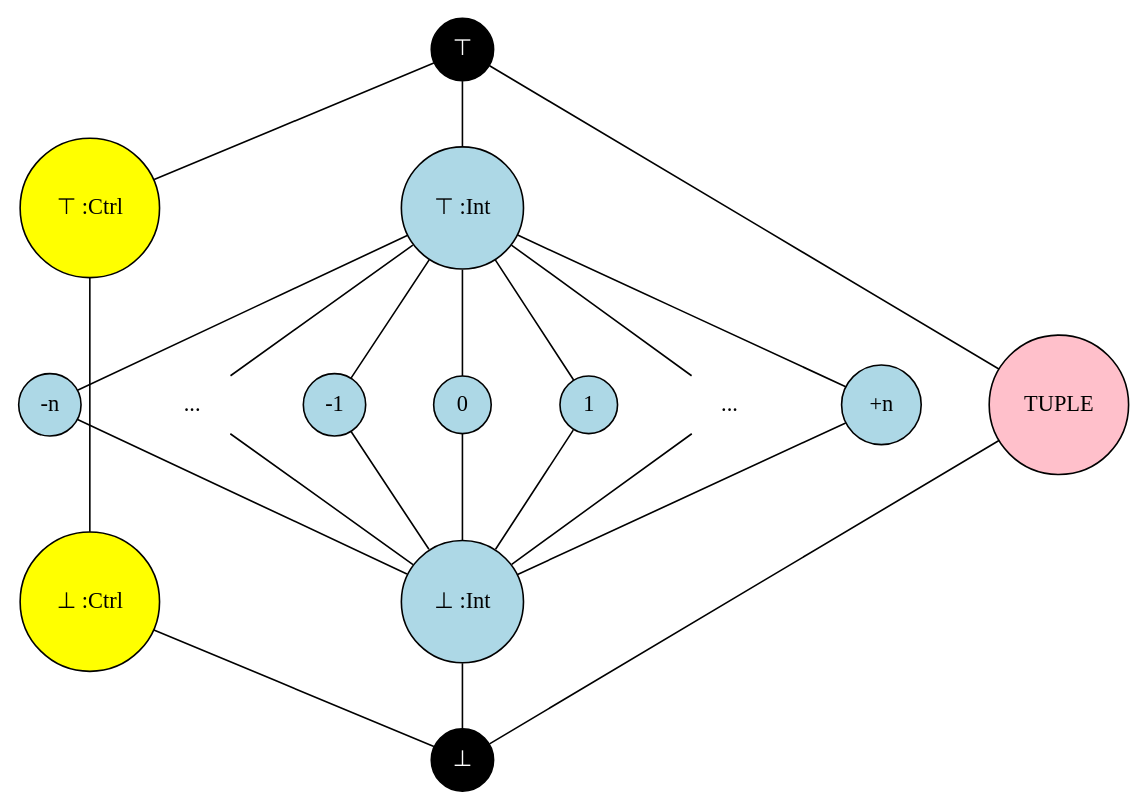
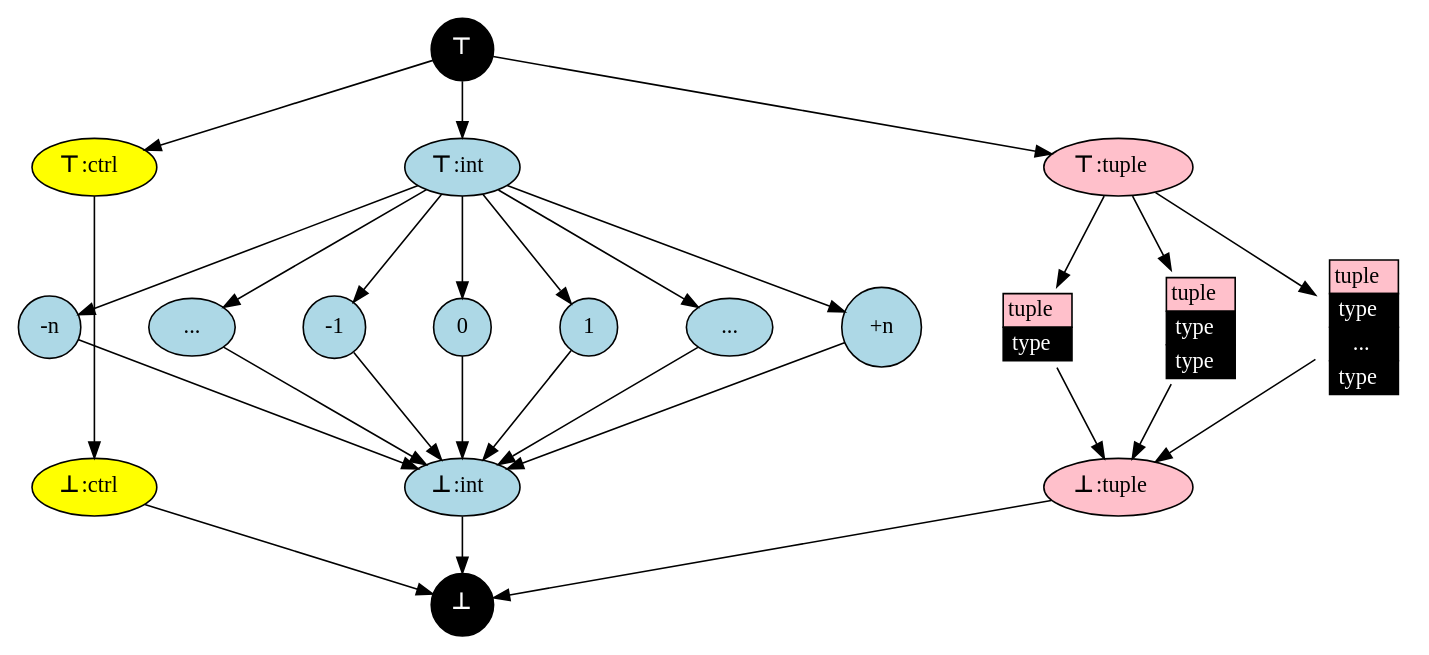
One commit to SeaOfNodes/Simple changed the diagram in chapter06/docs/lattice.gv. Above: the diagram before and after it, drawn with Graphviz. The commit also changed 17 other files, not shown here.

```diff
--- a/chapter06/docs/lattice.gv
+++ b/chapter06/docs/lattice.gv
@@ -1,61 +1,97 @@
 digraph Lattice {
     // Define nodes
     splines=false;
     node [shape=circle, style=filled, fillcolor=lightblue];
     nodesep=0.6;
 
-    TOP [label="⊤" , fillcolor=black, fontcolor=white];
-    BOT [label="⊥", fillcolor=black, fontcolor=white];
+    TOP [label=<<B>⊤</B >>, fillcolor=black, fontcolor=white];
+    BOT [label=<<B>⊥</B>>, fillcolor=black, fontcolor=white];
 
-    XCTRL [label="⊤ :Ctrl", fillcolor=yellow];
-    CTRL  [label="⊥ :Ctrl", fillcolor=yellow];
+    // ----------------------
+    // Control
+    XCTRL [label=<<B>⊤</B >:ctrl>, fillcolor=yellow, shape=oval];
+    CTRL  [label=<<B>⊥</B>:ctrl>, fillcolor=yellow, shape=oval];
 
-    INT_TOP [label="⊤ :Int"];
-    INT_BOT [label="⊥ :Int"];
+    TOP   -> XCTRL;
+    XCTRL -> CTRL;
+    CTRL  -> BOT;
 
-    INT_MIN [label="-n"];
-    INT_MINUS [label="-1"];
-    INT_MINDOTS [label="..." shape=none style=none];
-    INT_ZERO [label="0"];
-    INT_PLUS [label="1"];
-    INT_MAXDOTS [label="..." shape=none style=none];
-    INT_MAX [label="+n"];
+    // ----------------------
+    // Integers
+    INT_TOP [label=<<B>⊤</B >:int>, fillcolor=lightblue, shape=oval];
+    INT_BOT [label=<<B>⊥</B>:int>, fillcolor=lightblue, shape=oval];
 
-    TUPLE [label="TUPLE", fillcolor=pink];
-
-    // Define edges
-    edge [arrowhead=none];
+    INT_MIN     [label="-n" , fillcolor=lightblue];
+    INT_MINDOTS [label="...", fillcolor=lightblue shape=oval];
+    INT_MINUS   [label="-1" , fillcolor=lightblue];
+    INT_ZERO    [label="0"  , fillcolor=lightblue];
+    INT_PLUS    [label="1"  , fillcolor=lightblue];
+    INT_MAXDOTS [label="...", fillcolor=lightblue, shape=oval];
+    INT_MAX     [label="+n" , fillcolor=lightblue];
 
     TOP         -> INT_TOP;
     INT_TOP     -> INT_MIN;
     INT_TOP     -> INT_MINDOTS;
     INT_TOP     -> INT_MINUS;
     INT_TOP     -> INT_ZERO;
     INT_TOP     -> INT_PLUS;
     INT_TOP     -> INT_MAXDOTS;
     INT_TOP     -> INT_MAX;
     INT_MIN     -> INT_BOT;
     INT_MINDOTS -> INT_BOT;
     INT_MINUS   -> INT_BOT;
     INT_ZERO    -> INT_BOT;
     INT_PLUS    -> INT_BOT;
     INT_MAXDOTS -> INT_BOT;
     INT_MAX     -> INT_BOT;
     INT_BOT     -> BOT;
 
     INT_MIN -> INT_MINDOTS -> INT_MINUS -> INT_ZERO -> INT_PLUS -> INT_MAXDOTS -> INT_MAX [style=invis];
+    
+    // ----------------------
+    // Tuples
 
-    TOP   -> TUPLE;
-    TUPLE -> BOT;
+    TUPLE_TOP [label=<<B>⊤</B >:tuple>, fillcolor=pink, shape=oval];
+    TUPLE_BOT [label=<<B>⊥</B>:tuple>, fillcolor=pink, shape=oval];
 
-    TOP   -> XCTRL;
-    XCTRL -> CTRL;
-    CTRL  -> BOT;
+    TUPLE1 [shape=none, fillcolor=none, label=<
+      <TABLE BORDER="0" CELLBORDER="1" CELLSPACING="0">
+        <TH><TD BGCOLOR="pink">tuple</TD></TH>
+        <TR><TD BGCOLOR="black" ><FONT color="white">type</FONT></TD></TR>
+      </TABLE>
+    >];
+    TUPLE2 [shape=none, fillcolor=none, label=<
+      <TABLE BORDER="0" CELLBORDER="1" CELLSPACING="0">
+        <TH><TD BGCOLOR="pink">tuple</TD></TH>
+        <TR><TD BGCOLOR="black" ><FONT color="white">type</FONT></TD></TR>
+        <TR><TD BGCOLOR="black" ><FONT color="white">type</FONT></TD></TR>
+      </TABLE>
+    >];
+    TUPLEN [shape=none, fillcolor=none, label=<
+      <TABLE BORDER="0" CELLBORDER="1" CELLSPACING="0">
+        <TH><TD BGCOLOR="pink">tuple</TD></TH>
+        <TR><TD BGCOLOR="black" ><FONT color="white">type</FONT></TD></TR>
+        <TR><TD BGCOLOR="black" ><FONT color="white">...</FONT></TD></TR>
+        <TR><TD BGCOLOR="black" ><FONT color="white">type</FONT></TD></TR>
+      </TABLE>
+    >];
+
+
+    TOP -> TUPLE_TOP;
+    TUPLE_TOP -> TUPLE1;
+    TUPLE_TOP -> TUPLE2;
+    TUPLE_TOP -> TUPLEN;
+    TUPLE1 -> TUPLE_BOT;
+    TUPLE2 -> TUPLE_BOT;
+    TUPLEN -> TUPLE_BOT;
+    TUPLE_BOT -> BOT;
 
     // Additional customization
     {rank=same; TOP}
-    {rank=same; INT_TOP; XCTRL}
-    {rank=same; INT_MIN; INT_MINDOTS; INT_MINUS; INT_ZERO; INT_PLUS; INT_MAXDOTS; INT_MAX; TUPLE }
-    {rank=same; INT_BOT; CTRL}
+    {rank=same; XCTRL; INT_TOP; TUPLE_TOP}
+    {rank=same;
+      INT_MIN; INT_MINDOTS; INT_MINUS; INT_ZERO; INT_PLUS; INT_MAXDOTS; INT_MAX;
+    }
+    {rank=same; CTRL; INT_BOT, TUPLE_BOT}
     {rank=same; BOT;}
 }
```
